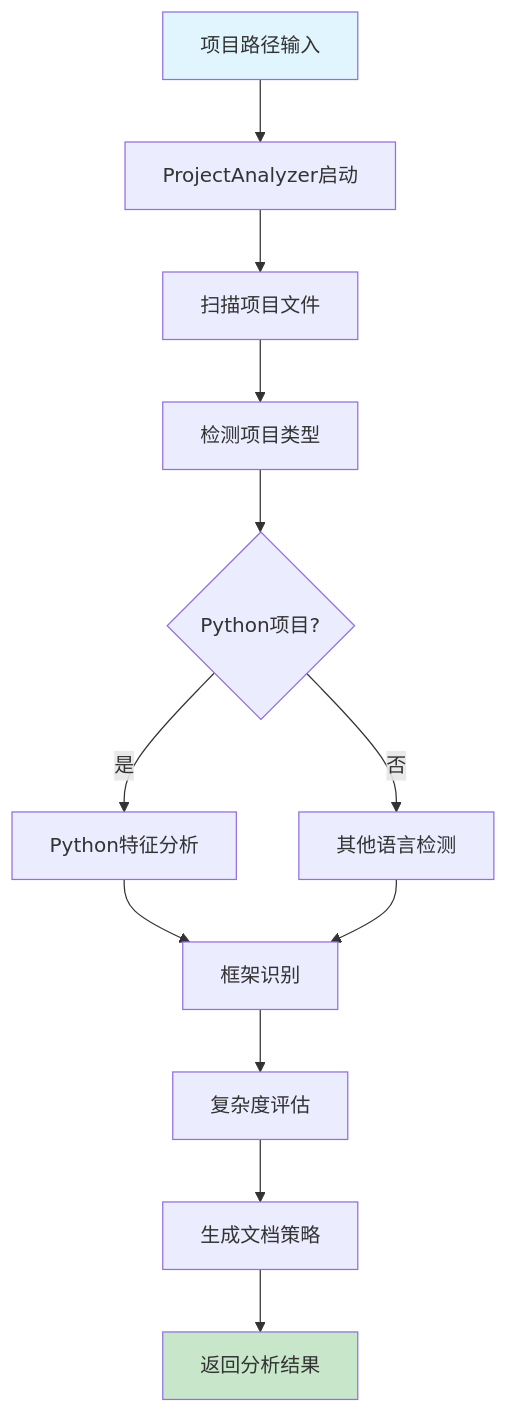
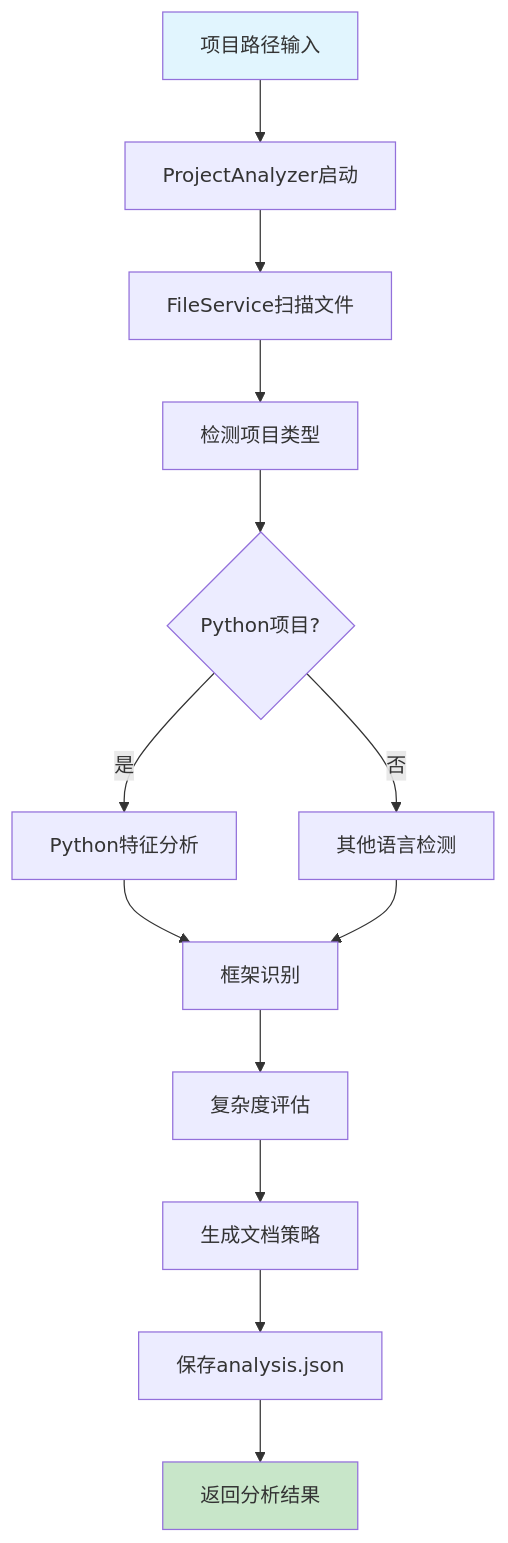
One commit to MGX-LJY/CodeLens changed the eighth of 15 diagrams in docs/architecture/data-flow.md. Above: the diagram before and after it, drawn with Mermaid. The commit also changed other lines of this file and 36 other files, not shown here.

````diff
--- a/docs/architecture/data-flow.md
+++ b/docs/architecture/data-flow.md
@@ -289,17 +336,18 @@
 ```mermaid
 graph TD
     A[项目路径输入] --> B[ProjectAnalyzer启动]
-    B --> C[扫描项目文件]
+    B --> C[FileService扫描文件]
     C --> D[检测项目类型]
     D --> E{Python项目?}
     E -->|是| F[Python特征分析]
     E -->|否| G[其他语言检测]
     F --> H[框架识别]
     G --> H
     H --> I[复杂度评估]
     I --> J[生成文档策略]
-    J --> K[返回分析结果]
+    J --> K[保存analysis.json]
+    K --> L[返回分析结果]
     
     style A fill:#e1f5fe
-    style K fill:#c8e6c9
+    style L fill:#c8e6c9
 ```
````
